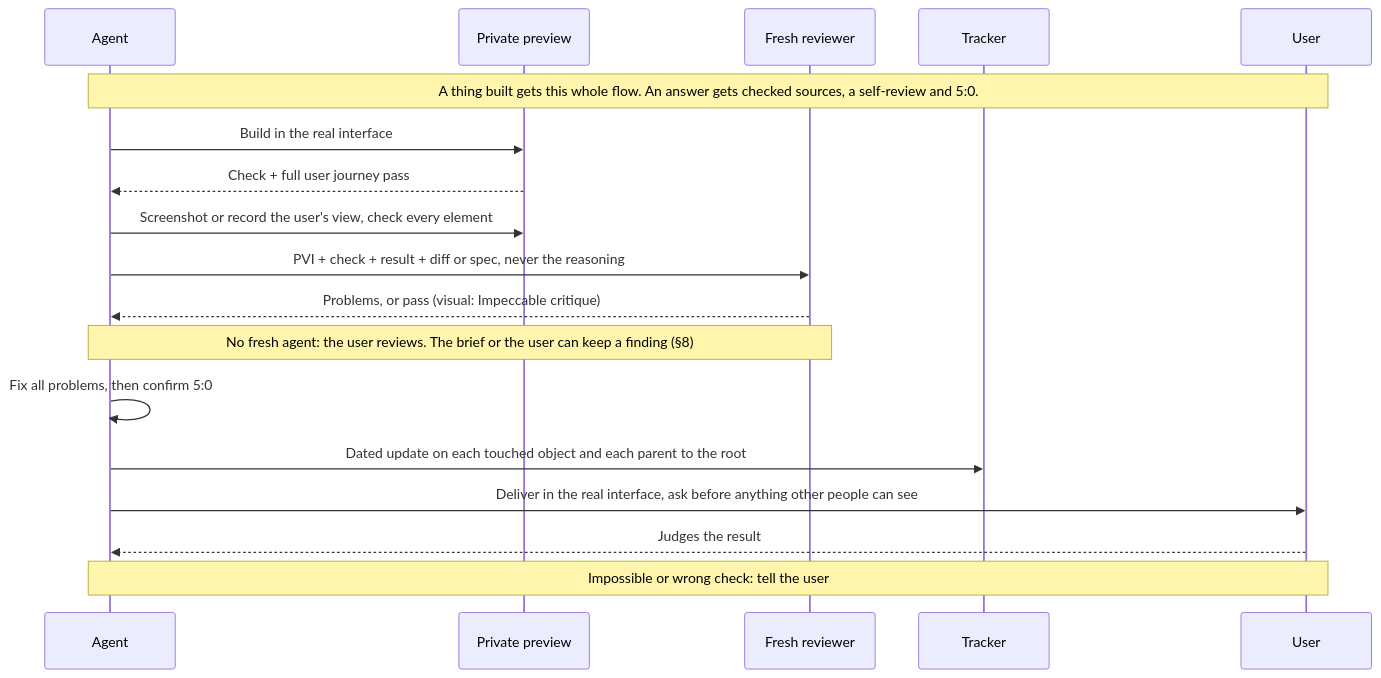
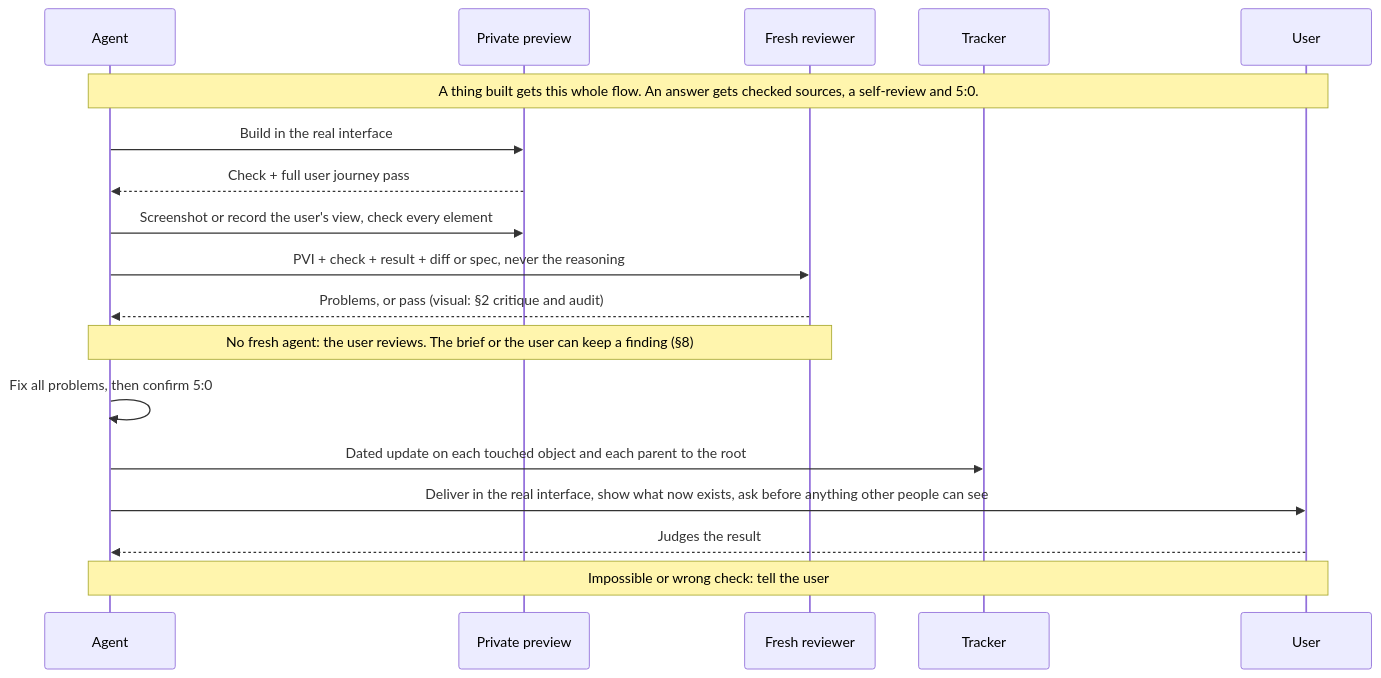
Diagram 11 of 14 in AGENTS.md (SolenixAI/arbiter), drawn with Mermaid before and after one commit. The commit also changed other lines of this file, not shown here.

````diff
--- a/AGENTS.md
+++ b/AGENTS.md
@@ -457,20 +453,20 @@
 ```mermaid
 sequenceDiagram
   participant A as Agent
   participant P as Private preview
   participant R as Fresh reviewer
   participant T as Tracker
   participant U as User
   Note over A,U: A thing built gets this whole flow. An answer gets checked sources, a self-review and 5:0.
   A->>P: Build in the real interface
   P-->>A: Check + full user journey pass
   A->>P: Screenshot or record the user's view, check every element
   A->>R: PVI + check + result + diff or spec, never the reasoning
-  R-->>A: Problems, or pass (visual: Impeccable critique)
+  R-->>A: Problems, or pass (visual: §2 critique and audit)
   Note over A,R: No fresh agent: the user reviews. The brief or the user can keep a finding (§8)
   A->>A: Fix all problems, then confirm 5:0
   A->>T: Dated update on each touched object and each parent to the root
-  A->>U: Deliver in the real interface, ask before anything other people can see
+  A->>U: Deliver in the real interface, show what now exists, ask before anything other people can see
   U-->>A: Judges the result
   Note over A,U: Impossible or wrong check: tell the user
 ```
````
